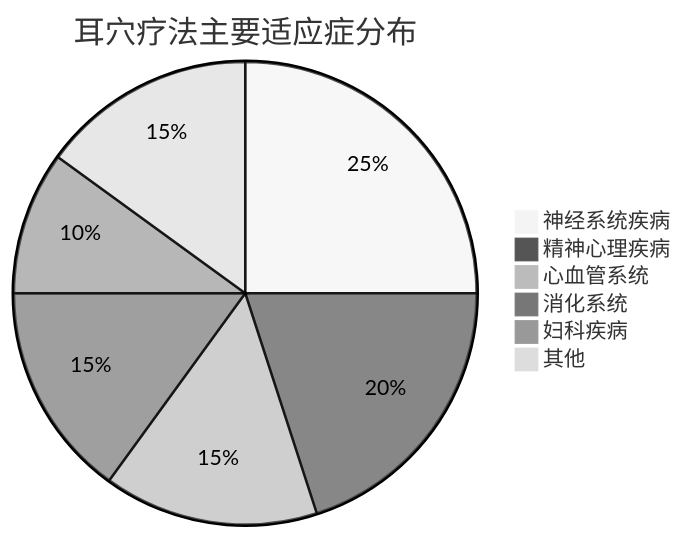
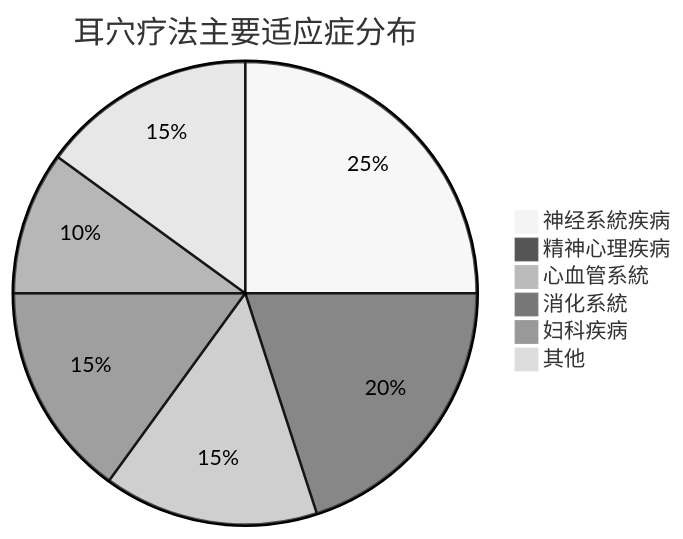
Before and after one commit to kmjade/knowledge-value: the second of 2 diagrams in 3 Resources/01-Tech/🏥 专业知识/耳穴知识库/01-基础知识/耳穴疗法概述.md, drawn with Mermaid (neutral theme). The commit also changed other lines of this file and 653 other files, not shown here.

````diff
--- a/3 Resources/01-Tech/🏥 专业知识/耳穴知识库/01-基础知识/耳穴疗法概述.md
+++ b/3 Resources/01-Tech/🏥 专业知识/耳穴知识库/01-基础知识/耳穴疗法概述.md
@@ -105,9 +105,9 @@
 ```mermaid
 pie title 耳穴疗法主要适应症分布
-    "神经系统疾病" : 25
+    "神经系統疾病" : 25
     "精神心理疾病" : 20
-    "心血管系统" : 15
-    "消化系统" : 15
+    "心血管系統" : 15
+    "消化系統" : 15
     "妇科疾病" : 10
     "其他" : 15
 ```
````
